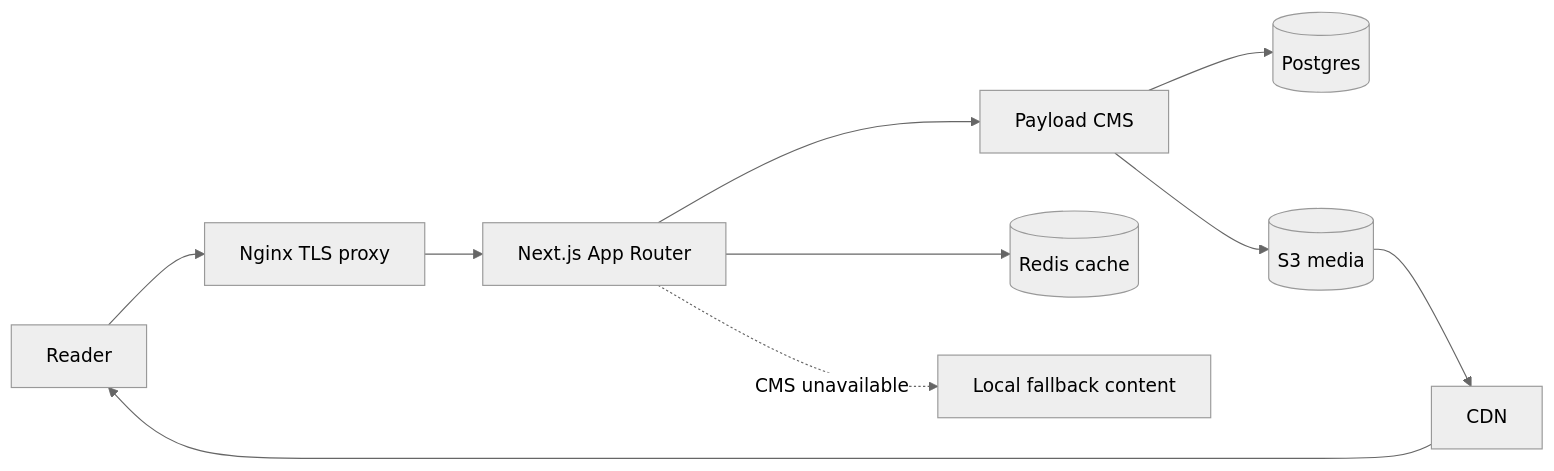
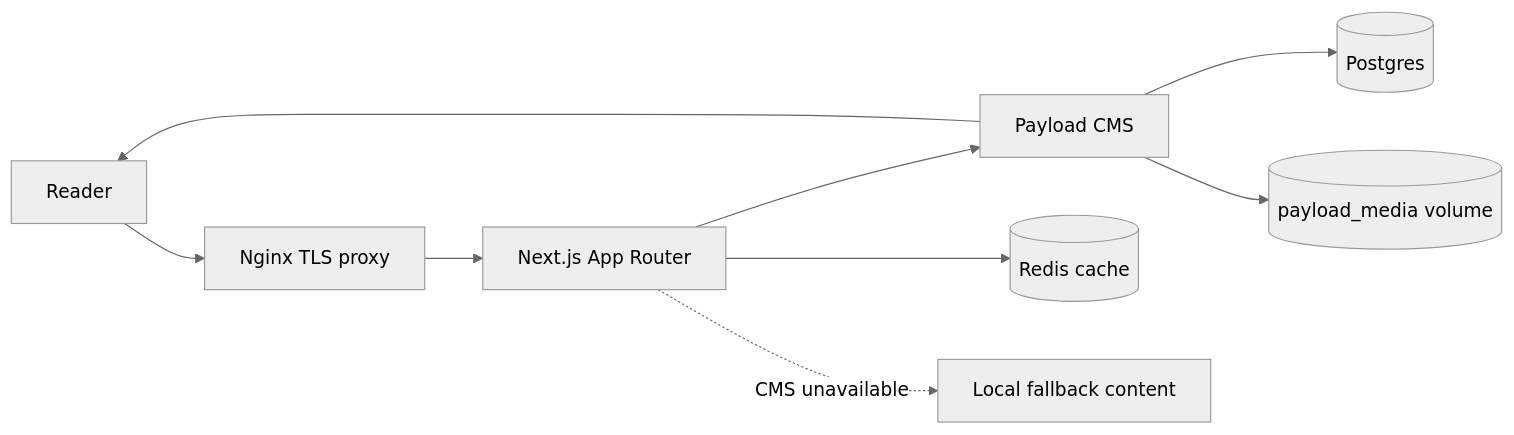
The diagram in docs/current-website-workflow.md (paviliondd/lu-new), drawn with Mermaid (neutral theme) before and after one commit. The commit also changed 23 other files, not shown here.

````diff
--- a/docs/current-website-workflow.md
+++ b/docs/current-website-workflow.md
@@ -3,12 +3,11 @@
 ```mermaid
 flowchart LR
   Reader[Reader] --> Nginx[Nginx TLS proxy]
   Nginx --> Next[Next.js App Router]
   Next --> Payload[Payload CMS]
   Payload --> Postgres[(Postgres)]
-  Payload --> S3[(S3 media)]
-  S3 --> CDN[CDN]
-  CDN --> Reader
+  Payload --> Media[(payload_media volume)]
+  Payload --> Reader
   Next --> Redis[(Redis cache)]
   Next -. CMS unavailable .-> Fallback[Local fallback content]
 ```
````
